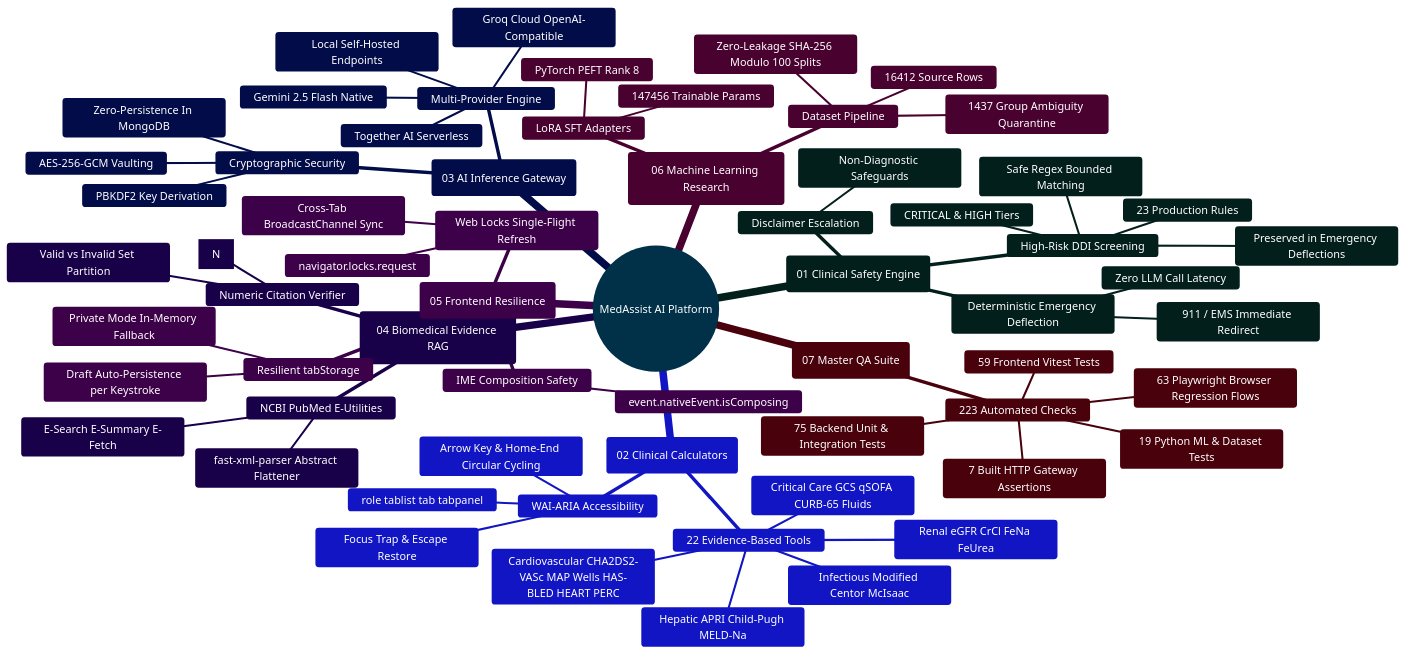
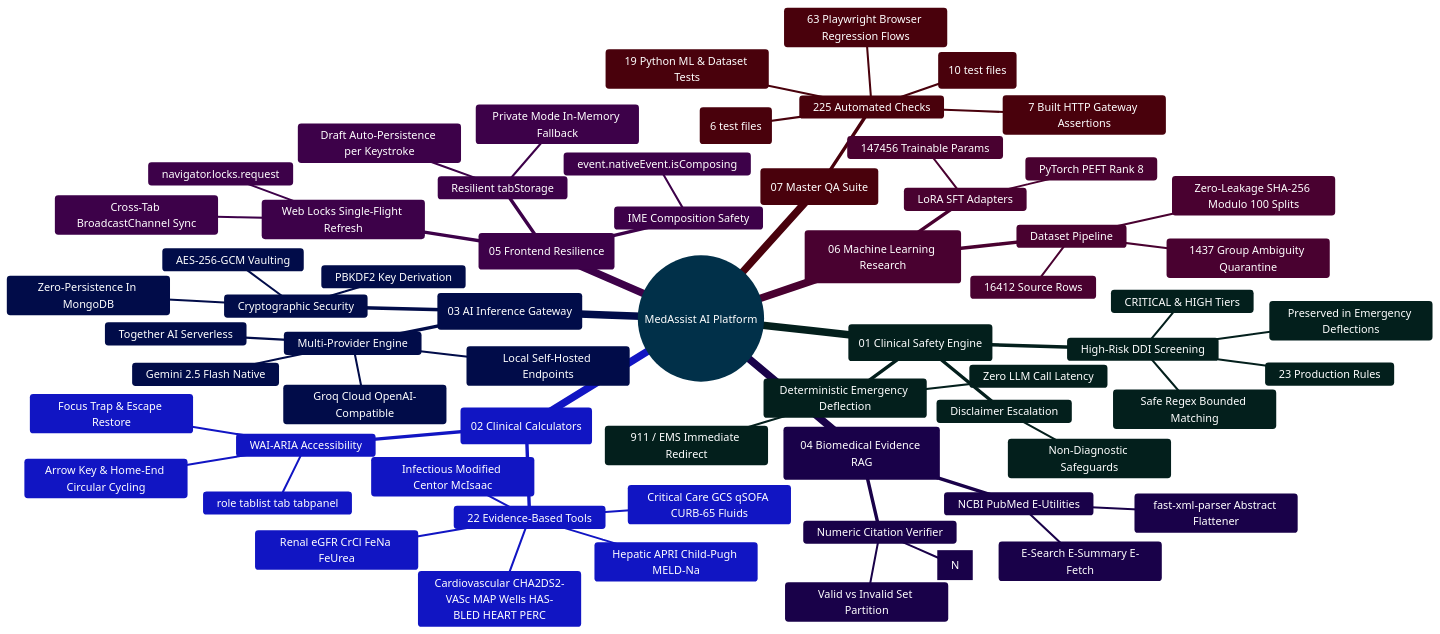
The diagram in docs/PRODUCTION_DEVELOPER_BUILD_GUIDE.md (Ganesh172919/React-App-LLM), drawn with Mermaid before and after one commit. The commit also changed other lines of this file and 39 other files, not shown here.

````diff
--- a/docs/PRODUCTION_DEVELOPER_BUILD_GUIDE.md
+++ b/docs/PRODUCTION_DEVELOPER_BUILD_GUIDE.md
@@ -81,76 +81,76 @@
 ```mermaid
 %%{init: {'theme': 'base', 'themeVariables': { 'primaryColor': '#0284c7', 'primaryTextColor': '#ffffff', 'primaryBorderColor': '#0369a1', 'lineColor': '#0284c7', 'secondaryColor': '#0d9488', 'tertiaryColor': '#6366f1' }}}%%
 mindmap
   root((MedAssist AI Platform))
     ::icon(fa fa-heartbeat)
     (01 Clinical Safety Engine)
       ::icon(fa fa-shield-virus)
       High-Risk DDI Screening
         23 Production Rules
         Safe Regex Bounded Matching
         CRITICAL & HIGH Tiers
         Preserved in Emergency Deflections
       Deterministic Emergency Deflection
         911 / EMS Immediate Redirect
         Zero LLM Call Latency
       Disclaimer Escalation
         Non-Diagnostic Safeguards
     (02 Clinical Calculators)
       ::icon(fa fa-calculator)
       22 Evidence-Based Tools
         Renal eGFR CrCl FeNa FeUrea
         Cardiovascular CHA2DS2-VASc MAP Wells HAS-BLED HEART PERC
         Critical Care GCS qSOFA CURB-65 Fluids
         Hepatic APRI Child-Pugh MELD-Na
         Infectious Modified Centor McIsaac
       WAI-ARIA Accessibility
         role tablist tab tabpanel
         Arrow Key & Home-End Circular Cycling
         Focus Trap & Escape Restore
     (03 AI Inference Gateway)
       ::icon(fa fa-brain)
       Multi-Provider Engine
         Gemini 2.5 Flash Native
         Groq Cloud OpenAI-Compatible
         Together AI Serverless
         Local Self-Hosted Endpoints
       Cryptographic Security
         AES-256-GCM Vaulting
         PBKDF2 Key Derivation
         Zero-Persistence In MongoDB
     (04 Biomedical Evidence RAG)
       ::icon(fa fa-book-medical)
       NCBI PubMed E-Utilities
         E-Search E-Summary E-Fetch
         fast-xml-parser Abstract Flattener
       Numeric Citation Verifier
         Strict Bracket Checking [N]
         Valid vs Invalid Set Partition
     (05 Frontend Resilience)
       ::icon(fa fa-desktop)
       Web Locks Single-Flight Refresh
         navigator.locks.request
         Cross-Tab BroadcastChannel Sync
       Resilient tabStorage
         Private Mode In-Memory Fallback
         Draft Auto-Persistence per Keystroke
       IME Composition Safety
         event.nativeEvent.isComposing
     (06 Machine Learning Research)
       ::icon(fa fa-dna)
       Dataset Pipeline
         16412 Source Rows
         1437 Group Ambiguity Quarantine
         Zero-Leakage SHA-256 Modulo 100 Splits
       LoRA SFT Adapters
         147456 Trainable Params
         PyTorch PEFT Rank 8
     (07 Master QA Suite)
       ::icon(fa fa-check-double)
-      223 Automated Checks
-        75 Backend Unit & Integration Tests
-        59 Frontend Vitest Tests
+      225 Automated Checks
+        77 Backend Unit & Integration Tests (10 test files)
+        59 Frontend Vitest Tests (6 test files)
         19 Python ML & Dataset Tests
         7 Built HTTP Gateway Assertions
         63 Playwright Browser Regression Flows
 ```
````
